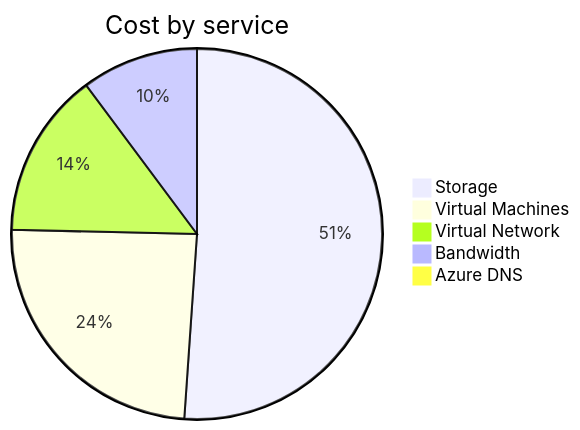
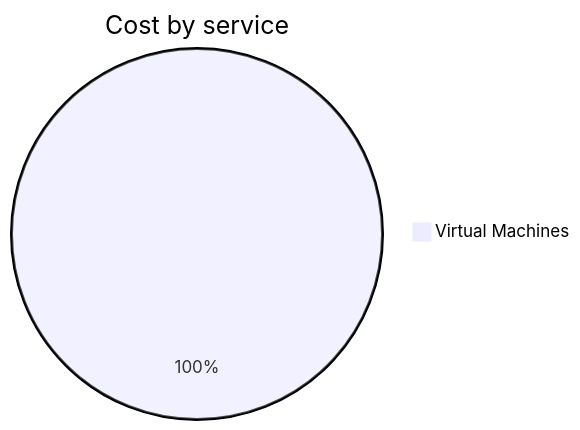
Before and after one commit to jpfulton/azure-personal-reports: the second of 4 diagrams in cost-reports/personal-network/README.md, drawn with Mermaid. The commit also changed other lines of this file and 8 other files, not shown here.

````diff
--- a/cost-reports/personal-network/README.md
+++ b/cost-reports/personal-network/README.md
@@ -99,9 +95,5 @@
 ```mermaid
 pie
    title Cost by service
-   "Storage" : 24.97
-   "Virtual Machines" : 11.86
-   "Virtual Network" : 7.06
-   "Bandwidth" : 4.98
-   "Azure DNS" : 0.47
+   "Virtual Machines" : 0.09
 ```
````
